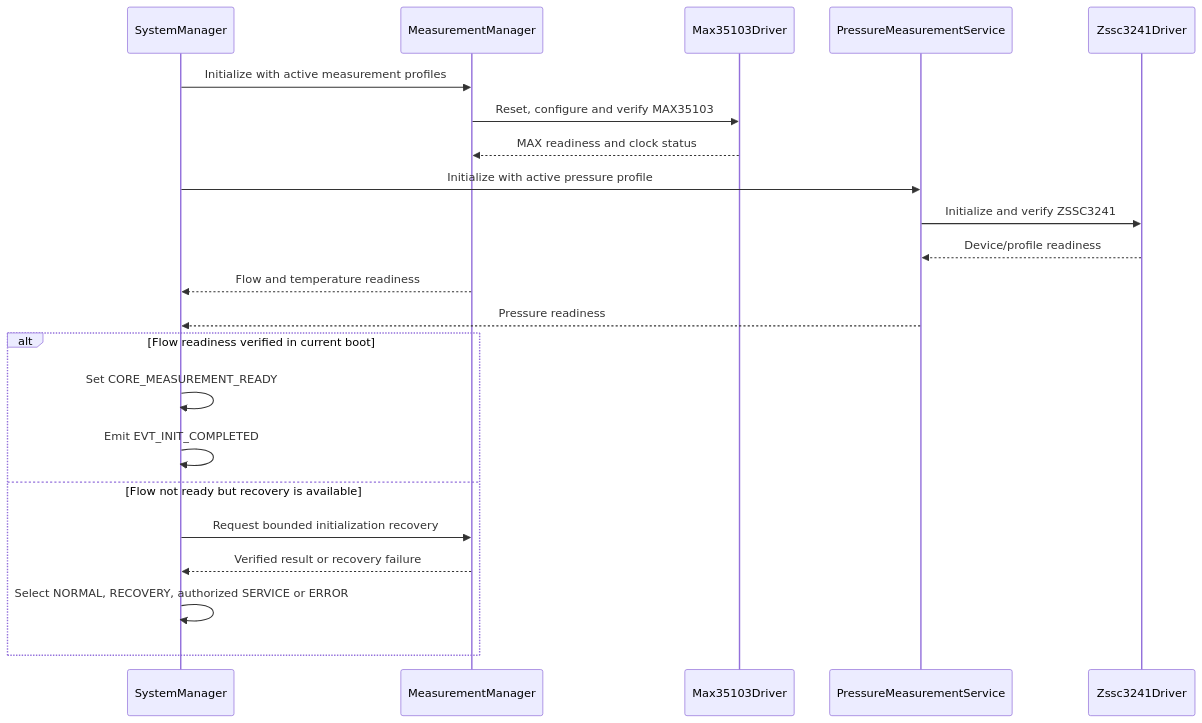
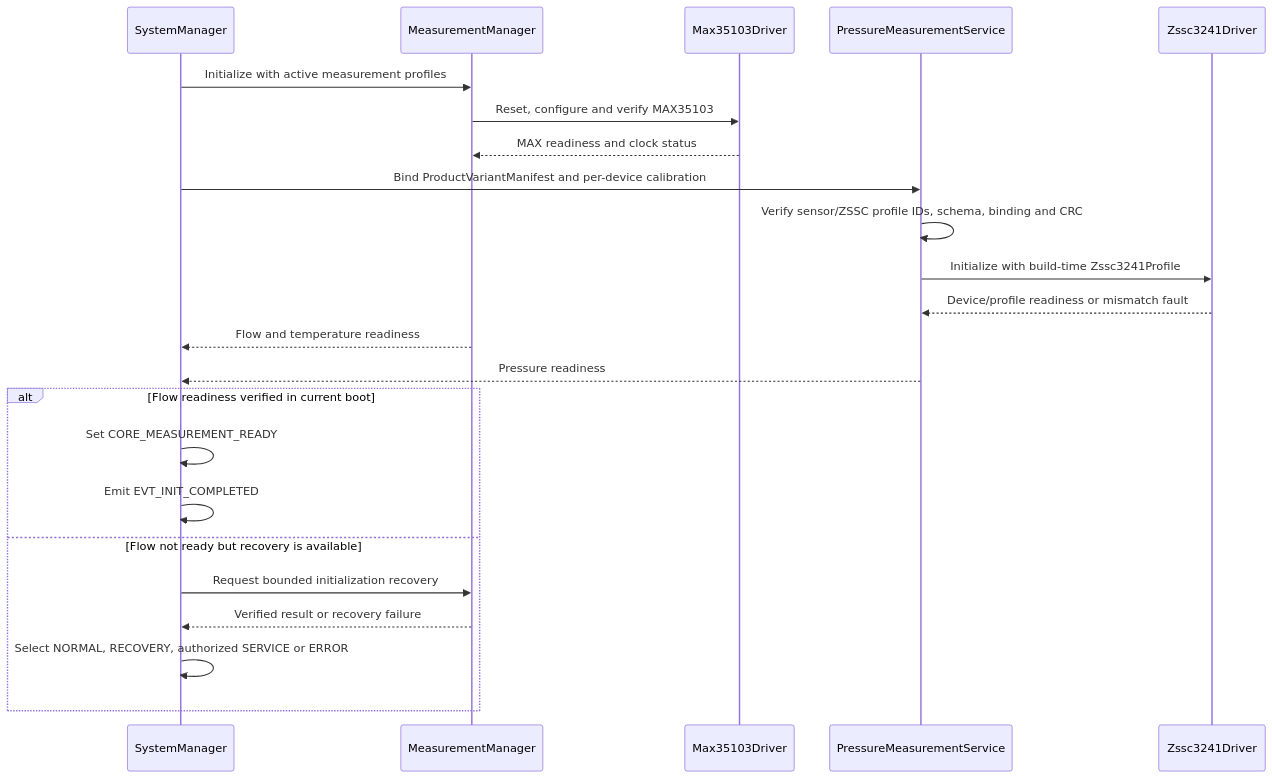
One commit to whoisLePhuc/smart-water-flow-pressure-monitor changed the second of 27 diagrams in 1.docs/00_overview/05_sequence_diagrams.md. Above: the diagram before and after it, drawn with Mermaid. The commit also changed other lines of this file and 13 other files, not shown here.

````diff
--- a/1.docs/00_overview/05_sequence_diagrams.md
+++ b/1.docs/00_overview/05_sequence_diagrams.md
@@ -184,28 +184,29 @@
 ```mermaid
 sequenceDiagram
     participant SM as SystemManager
     participant MM as MeasurementManager
     participant MAX as Max35103Driver
     participant PM as PressureMeasurementService
     participant ZSSC as Zssc3241Driver
 
     SM->>MM: Initialize with active measurement profiles
     MM->>MAX: Reset, configure and verify MAX35103
     MAX-->>MM: MAX readiness and clock status
 
-    SM->>PM: Initialize with active pressure profile
-    PM->>ZSSC: Initialize and verify ZSSC3241
-    ZSSC-->>PM: Device/profile readiness
+    SM->>PM: Bind ProductVariantManifest and per-device calibration
+    PM->>PM: Verify sensor/ZSSC profile IDs, schema, binding and CRC
+    PM->>ZSSC: Initialize with build-time Zssc3241Profile
+    ZSSC-->>PM: Device/profile readiness or mismatch fault
 
     MM-->>SM: Flow and temperature readiness
     PM-->>SM: Pressure readiness
 
     alt Flow readiness verified in current boot
         SM->>SM: Set CORE_MEASUREMENT_READY
         SM->>SM: Emit EVT_INIT_COMPLETED
     else Flow not ready but recovery is available
         SM->>MM: Request bounded initialization recovery
         MM-->>SM: Verified result or recovery failure
         SM->>SM: Select NORMAL, RECOVERY, authorized SERVICE or ERROR
     end
 ```
````
